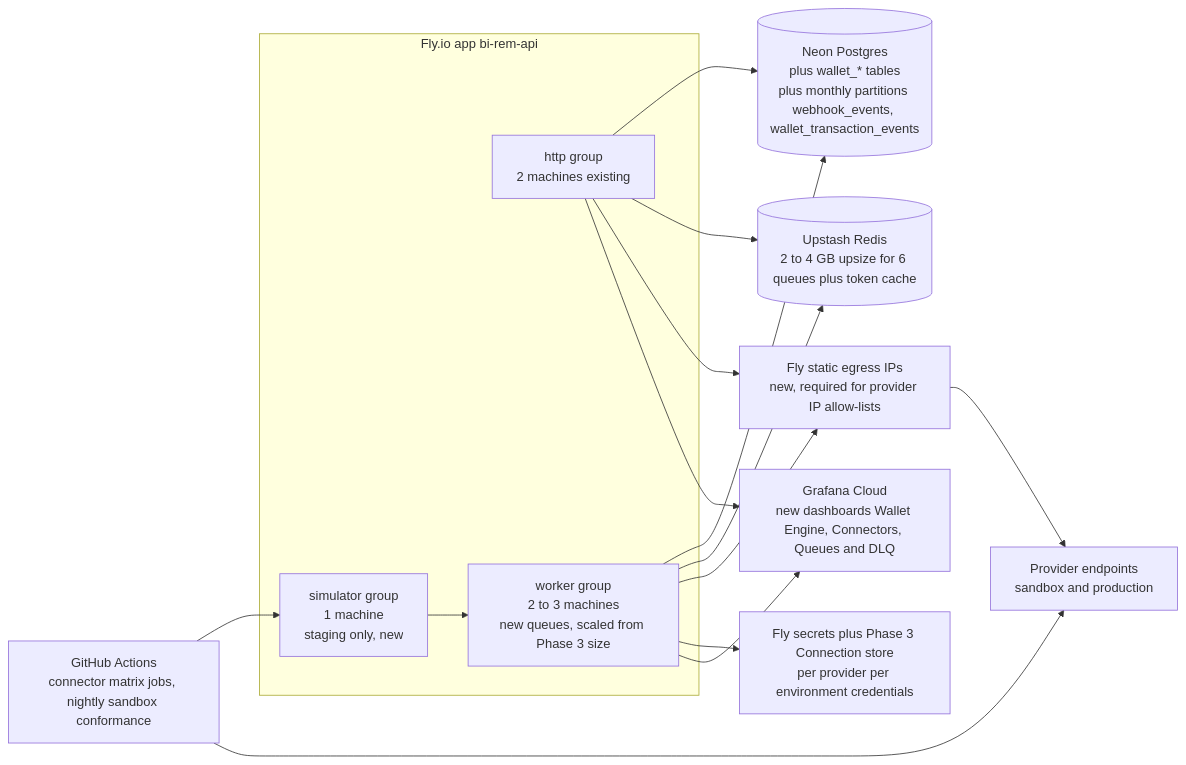
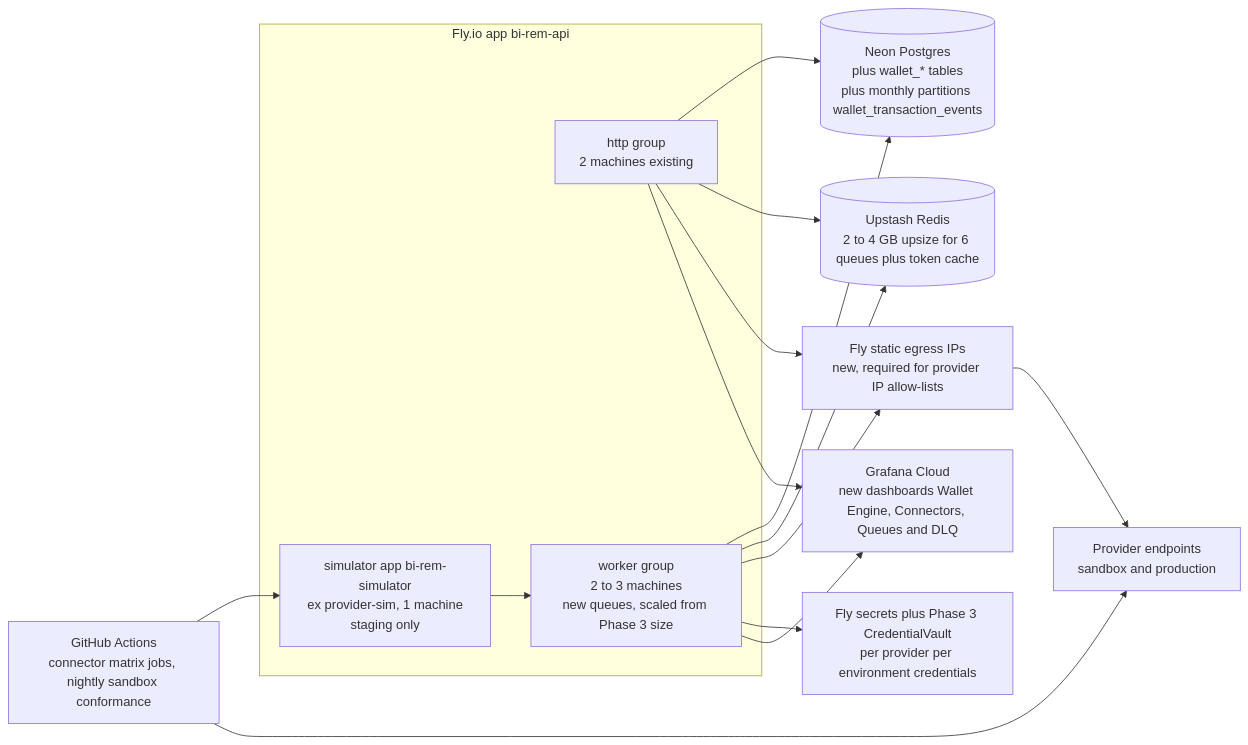
Before and after one commit to wouapit999/wouapit999: the fifth of 6 diagrams in docs/phases/phase-04-wallet-connectors.md, drawn with Mermaid. The commit also changed other lines of this file and 5 other files, not shown here.

````diff
--- a/docs/phases/phase-04-wallet-connectors.md
+++ b/docs/phases/phase-04-wallet-connectors.md
@@ -345,27 +346,27 @@
 ```mermaid
 flowchart LR
   subgraph Fly["Fly.io app bi-rem-api"]
     HTTP["http group<br/>2 machines existing"]
     WRK["worker group<br/>2 to 3 machines<br/>new queues, scaled from Phase 3 size"]
-    SIMG["simulator group<br/>1 machine<br/>staging only, new"]
+    SIMG["simulator app bi-rem-simulator<br/>ex provider-sim, 1 machine<br/>staging only"]
   end
-  NEON[("Neon Postgres<br/>plus wallet_* tables<br/>plus monthly partitions webhook_events, wallet_transaction_events")]
+  NEON[("Neon Postgres<br/>plus wallet_* tables<br/>plus monthly partitions wallet_transaction_events")]
   REDIS[("Upstash Redis<br/>2 to 4 GB upsize for 6 queues plus token cache")]
   EGRESS["Fly static egress IPs<br/>new, required for provider IP allow-lists"]
-  SECRETS["Fly secrets plus Phase 3 Connection store<br/>per provider per environment credentials"]
+  SECRETS["Fly secrets plus Phase 3 CredentialVault<br/>per provider per environment credentials"]
   GRAF["Grafana Cloud<br/>new dashboards Wallet Engine, Connectors, Queues and DLQ"]
   GHA["GitHub Actions<br/>connector matrix jobs, nightly sandbox conformance"]
   PROV["Provider endpoints<br/>sandbox and production"]
   HTTP --> NEON
   HTTP --> REDIS
   WRK --> NEON
   WRK --> REDIS
   WRK --> EGRESS --> PROV
   HTTP --> EGRESS
   WRK --> SECRETS
   SIMG --> WRK
   WRK --> GRAF
   HTTP --> GRAF
   GHA --> SIMG
   GHA --> PROV
 ```
````
